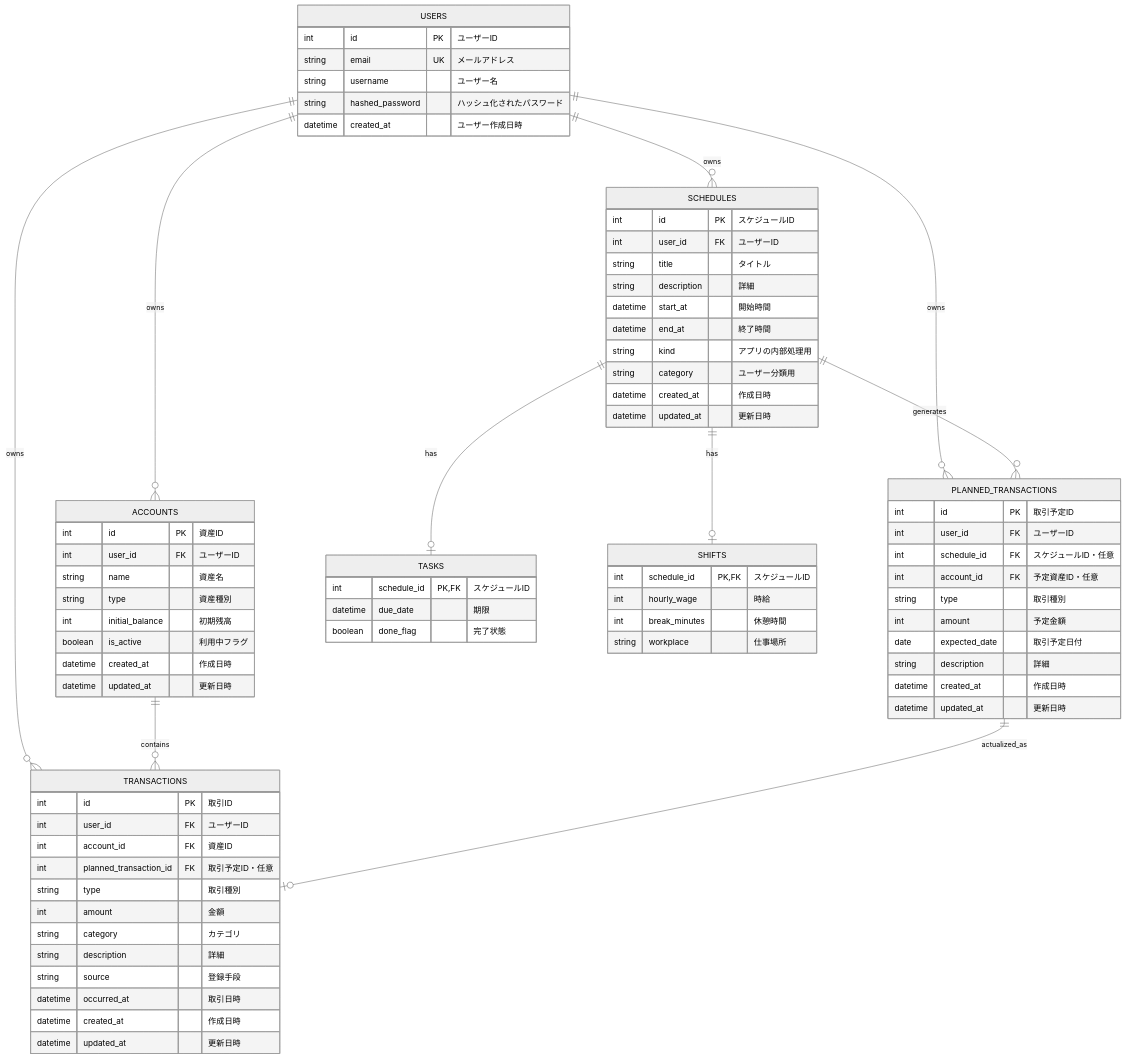
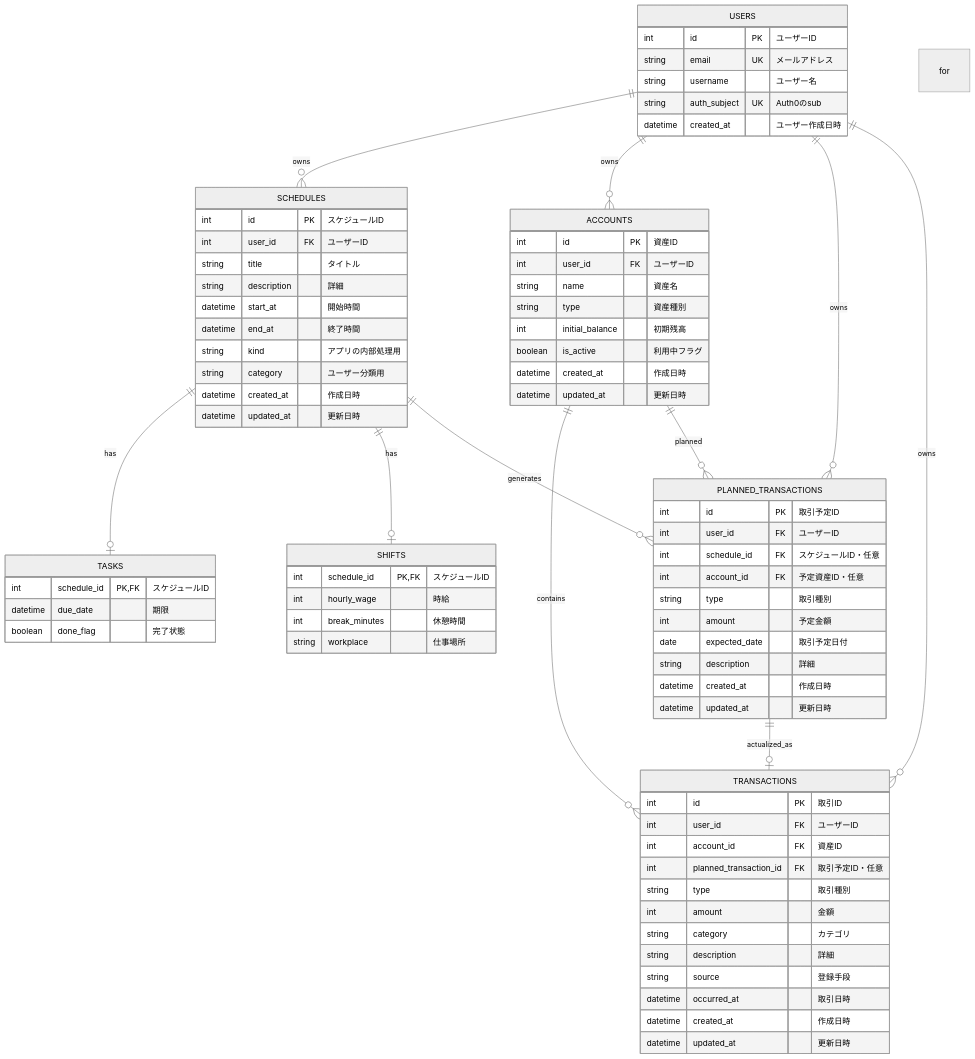
Before and after one commit to niki-002/Taskal: the diagram in docs/er-diagram.md, drawn with Mermaid (neutral theme). The commit also changed 1 other file, not shown here.

Commit message:
add:api.mdを追加&ER図修正

```diff
--- a/docs/er-diagram.md
+++ b/docs/er-diagram.md
@@ -13,6 +13,7 @@
     SCHEDULES ||--o{ PLANNED_TRANSACTIONS : generates
 
     ACCOUNTS ||--o{ TRANSACTIONS : contains
+    ACCOUNTS ||--o{ PLANNED_TRANSACTIONS : planned for
 
     PLANNED_TRANSACTIONS ||--o| TRANSACTIONS : actualized_as
 
@@ -21,7 +22,7 @@
         int id PK "ユーザーID"
         string email UK "メールアドレス"
         string username "ユーザー名"
-        string hashed_password "ハッシュ化されたパスワード"
+        string auth_subject UK "Auth0のsub"
         datetime created_at "ユーザー作成日時"
     }
 
```
